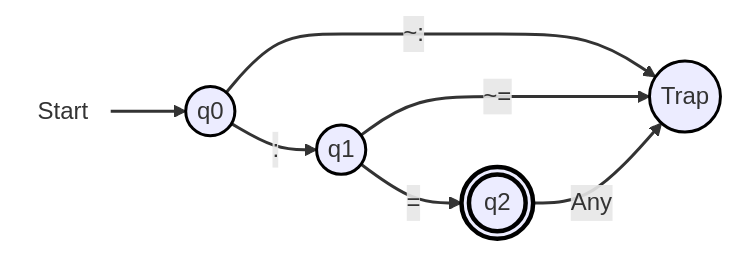
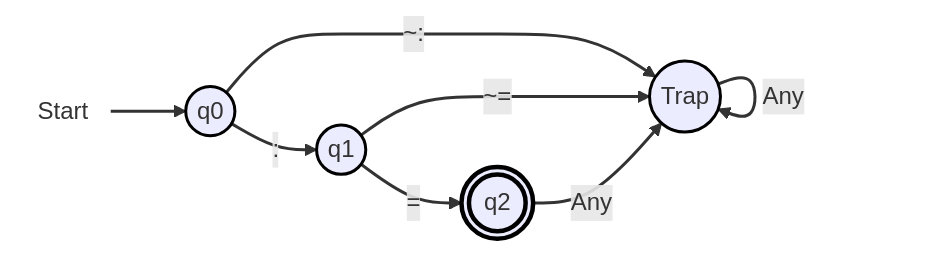
One commit to CS-Tiny-Compiler/a-tiny-compiler changed the sixth of 9 diagrams in docs/DFA.md. Above: the diagram before and after it, drawn with Mermaid. The commit also changed other lines of this file, not shown here.

Commit message:
made assignment operator trap state cycle back to itself

````diff
--- a/docs/DFA.md
+++ b/docs/DFA.md
@@ -214,16 +214,18 @@
 ```mermaid
 flowchart LR
   start(((Start))):::startNode --> q0(("q0")):::normal
   q0 --> |:| q1(("q1")):::normal
   q1 --> |=| q2((("q2"))):::finalState
   q0 --> |"~:"| trap(("Trap")):::trap
   q1 --> |"~="| trap(("Trap")):::trap
   q2 --> |"Any"| trap(("Trap")):::trap
 
+  trap --> |Any| trap(("Trap")):::trap
+
   classDef startNode fill:none,stroke:none;
   classDef normal stroke:#000,stroke-width:2px;
   classDef finalState stroke:#000,stroke-width:3px;
   classDef trap stroke:#000,stroke-width:2px;
 
   linkStyle default stroke:#333,stroke-width:2px,fill:none;
 ```
````
